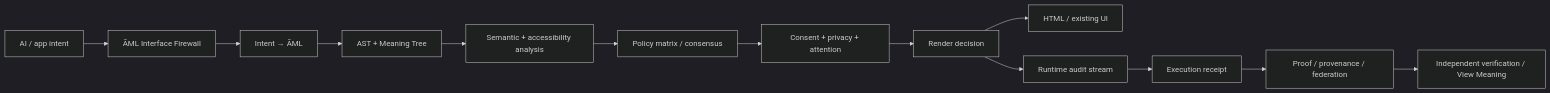
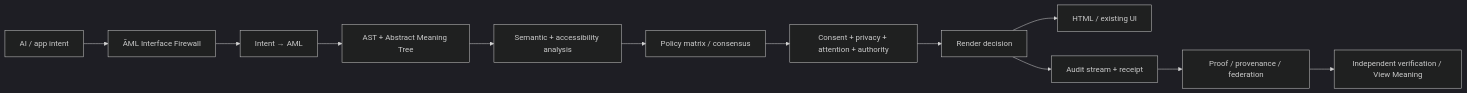
The diagram in README.md (aruintelligence/aml-core), drawn with Mermaid (dark theme) before and after one commit. The commit also changed other lines of this file, not shown here.

Commit message:
Refresh AML front door for v1.4.0-rc.2

````diff
--- a/README.md
+++ b/README.md
@@ -275,15 +53,14 @@
 ```mermaid
 flowchart LR
     A[AI / app intent] --> B[ĀML Interface Firewall]
-    B --> C[Intent → ĀML]
-    C --> D[AST + Meaning Tree]
+    B --> C[Intent → AML]
+    C --> D[AST + Abstract Meaning Tree]
     D --> E[Semantic + accessibility analysis]
     E --> F[Policy matrix / consensus]
-    F --> G[Consent + privacy + attention]
+    F --> G[Consent + privacy + attention + authority]
     G --> H[Render decision]
     H --> I[HTML / existing UI]
-    H --> J[Runtime audit stream]
-    J --> K[Execution receipt]
-    K --> L[Proof / provenance / federation]
-    L --> M[Independent verification / View Meaning]
+    H --> J[Audit stream + receipt]
+    J --> K[Proof / provenance / federation]
+    K --> L[Independent verification / View Meaning]
 ```
````
